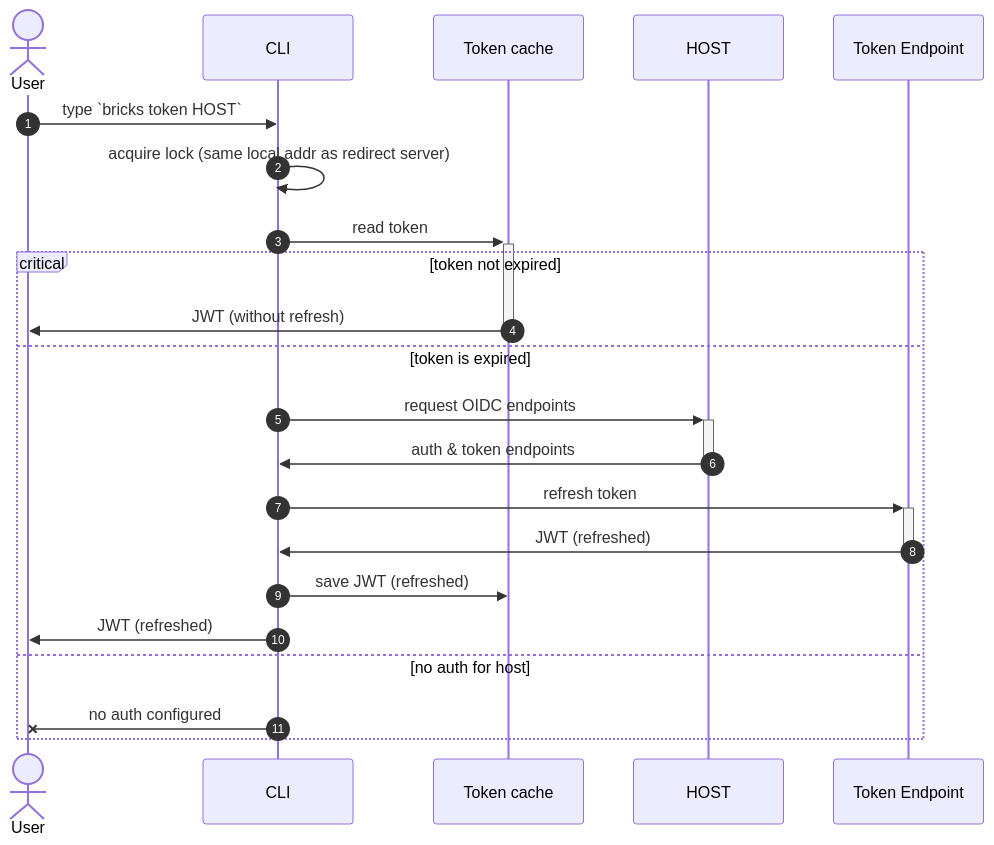
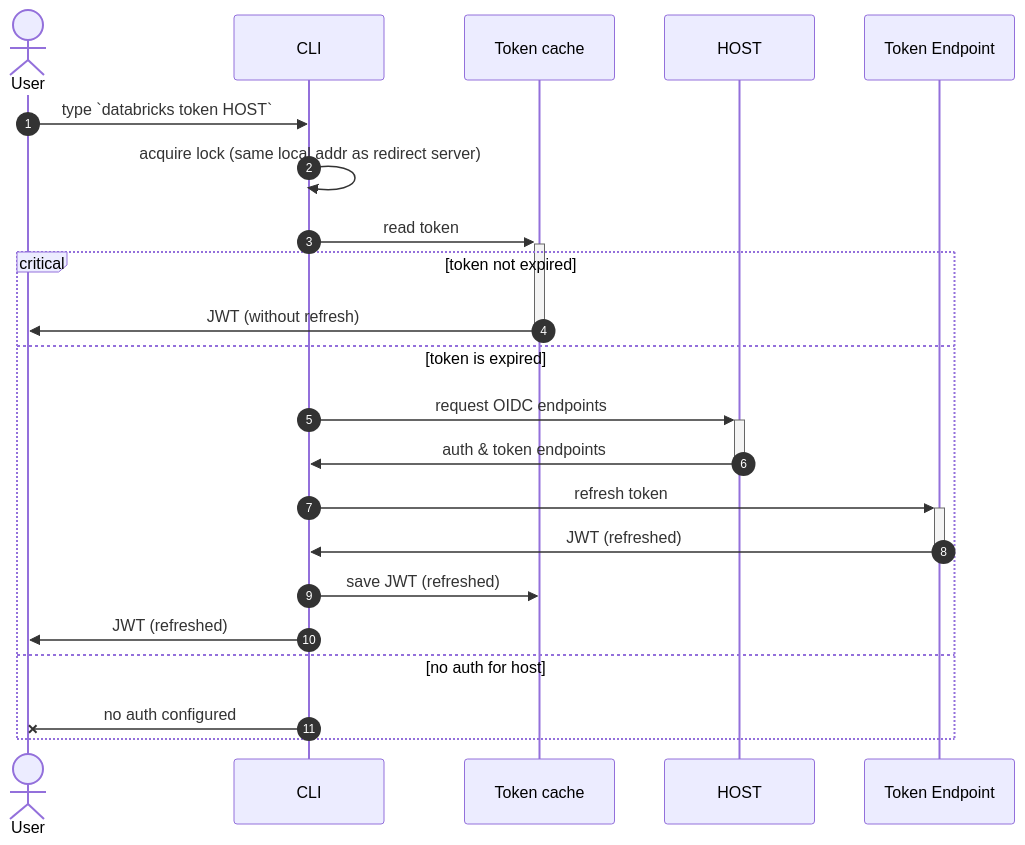
The second of 2 diagrams in cmd/auth/README.md (databricks/cli), drawn with Mermaid before and after one commit. The commit also changed other lines of this file and 3 other files, not shown here.

````diff
--- a/cmd/auth/README.md
+++ b/cmd/auth/README.md
@@ -27,25 +27,25 @@
 ```mermaid
 sequenceDiagram
     autonumber
     actor User
-    
-    User ->> CLI: type `bricks token HOST`
-    
+
+    User ->> CLI: type `databricks token HOST`
+
     CLI ->> CLI: acquire lock (same local addr as redirect server)
     CLI ->>+ Token cache: read token
 
     critical token not expired
     Token cache ->>- User: JWT (without refresh)
 
     option token is expired
     CLI ->>+ HOST: request OIDC endpoints
     HOST ->>- CLI: auth & token endpoints
     CLI ->>+ Token Endpoint: refresh token
     Token Endpoint ->>- CLI: JWT (refreshed)
     CLI ->> Token cache: save JWT (refreshed)
     CLI ->> User: JWT (refreshed)
-    
+
     option no auth for host
     CLI -X User: no auth configured
     end
 ```
````
